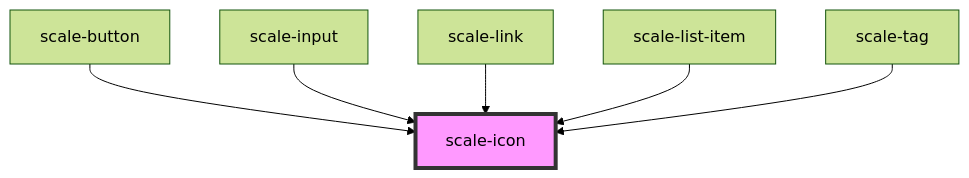
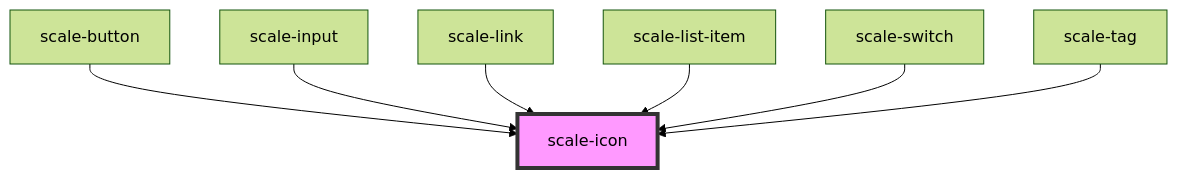
Before and after one commit to gaurishkamat/scale: the diagram in packages/components/src/components/icon/readme.md, drawn with Mermaid (forest theme). The commit also changed other lines of this file and 12 other files, not shown here.

````diff
--- a/packages/components/src/components/icon/readme.md
+++ b/packages/components/src/components/icon/readme.md
@@ -57,9 +58,10 @@
 ```mermaid
 graph TD;
   scale-button --> scale-icon
   scale-input --> scale-icon
   scale-link --> scale-icon
   scale-list-item --> scale-icon
+  scale-switch --> scale-icon
   scale-tag --> scale-icon
   style scale-icon fill:#f9f,stroke:#333,stroke-width:4px
 ```
````
